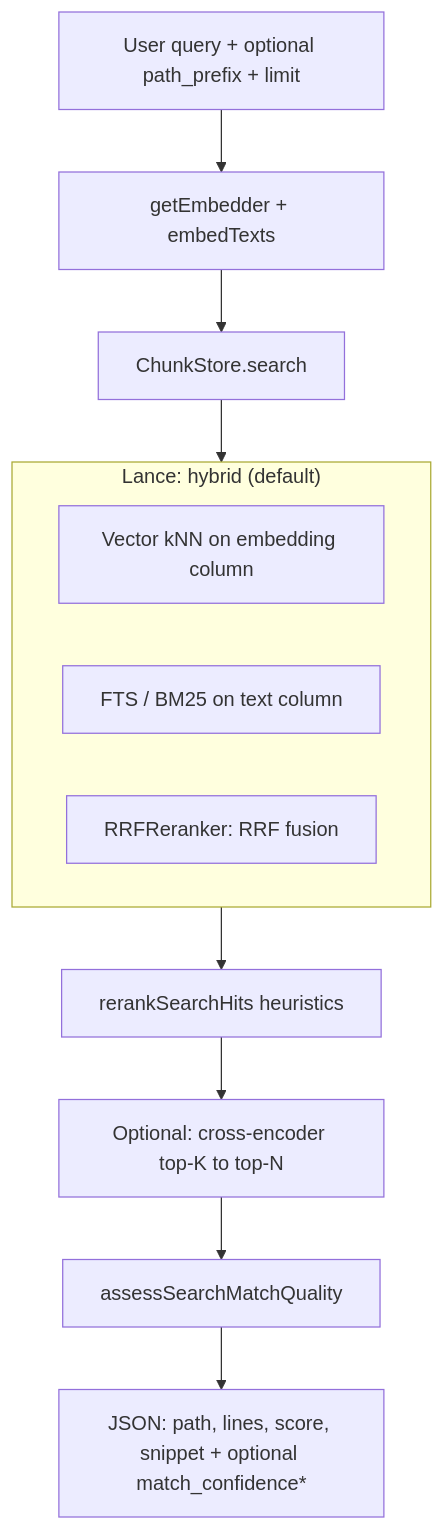
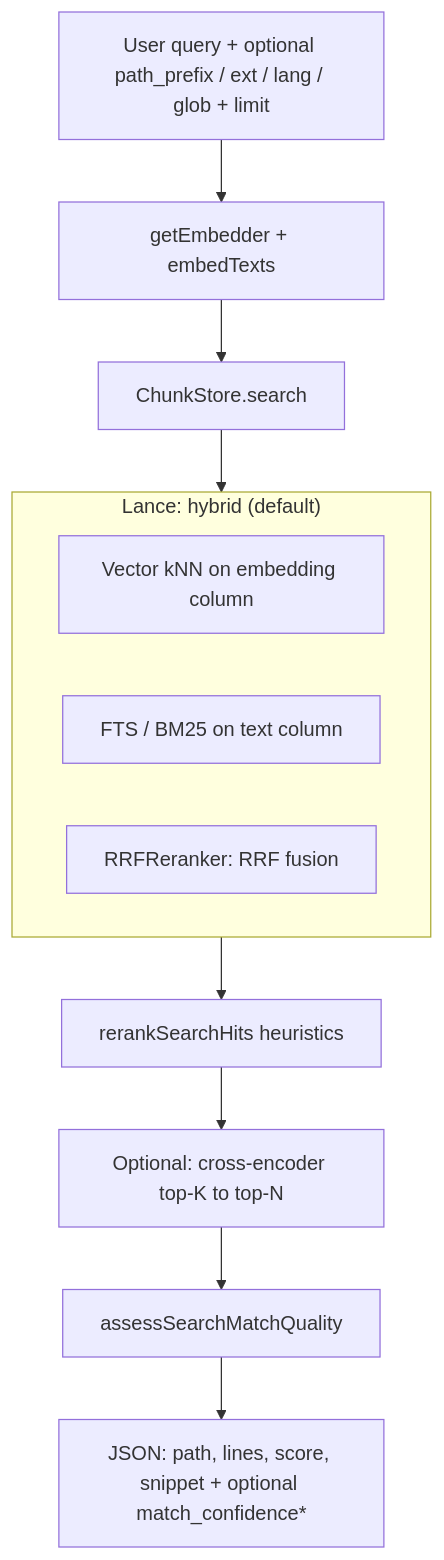
The diagram in docs/architecture/search.md (tr4n2uil/codebase_mcp), drawn with Mermaid before and after one commit. The commit also changed other lines of this file and 13 other files, not shown here.

````diff
--- a/docs/architecture/search.md
+++ b/docs/architecture/search.md
@@ -7,22 +7,22 @@
 ```mermaid
 flowchart TD
-  Q[User query + optional path_prefix + limit]
+  Q[User query + optional path_prefix / ext / lang / glob + limit]
   E[getEmbedder + embedTexts]
   S[ChunkStore.search]
   subgraph s1["Lance: hybrid (default)"]
     V[Vector kNN on embedding column]
     T[FTS / BM25 on text column]
     F[RRFReranker: RRF fusion]
   end
   R[rerankSearchHits heuristics]
   C[Optional: cross-encoder top-K to top-N]
   M[assessSearchMatchQuality]
   O[JSON: path, lines, score, snippet + optional match_confidence*]
   Q --> E
   E --> S
   S --> s1
   s1 --> R
   R --> C
   C --> M
   M --> O
 ```
````
